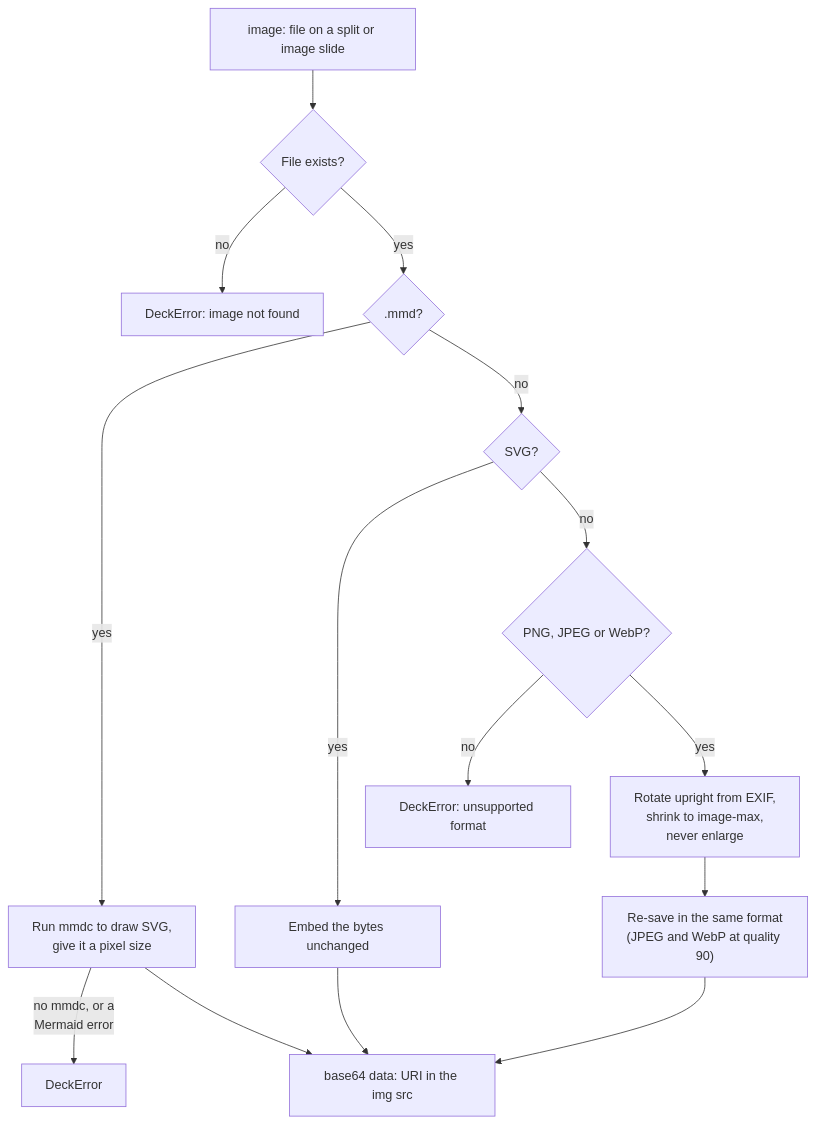
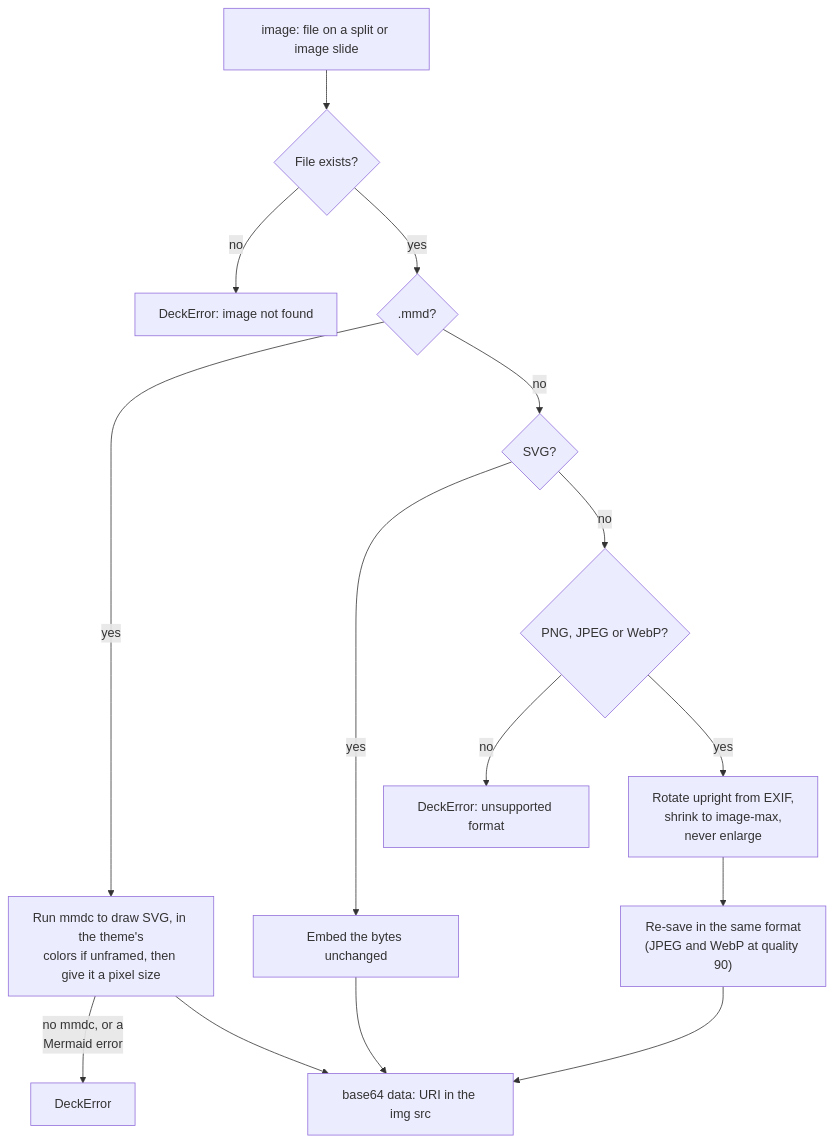
One commit to LunarCommand/akceo changed the tenth of 11 diagrams in docs/how-it-works.md. Above: the diagram before and after it, drawn with Mermaid. The commit also changed other lines of this file and 12 other files, not shown here.

First line of the commit message:
Let images and diagrams drop the white frame

````diff
--- a/docs/how-it-works.md
+++ b/docs/how-it-works.md
@@ -336,17 +336,17 @@
 ```mermaid
 flowchart TD
     start["image: file on a split or image slide"] --> exists{"File exists?"}
     exists -->|no| e1["DeckError: image not found"]
     exists -->|yes| mmd{".mmd?"}
-    mmd -->|yes| mmdc["Run mmdc to draw SVG,<br/>give it a pixel size"]
+    mmd -->|yes| mmdc["Run mmdc to draw SVG, in the theme's<br/>colors if unframed, then give it a pixel size"]
     mmdc -->|"no mmdc, or a<br/>Mermaid error"| e3["DeckError"]
     mmd -->|no| svg{"SVG?"}
     svg -->|yes| raw["Embed the bytes unchanged"]
     svg -->|no| fmt{"PNG, JPEG or WebP?"}
     fmt -->|no| e2["DeckError: unsupported format"]
     fmt -->|yes| fix["Rotate upright from EXIF,<br/>shrink to image-max,<br/>never enlarge"]
     fix --> save["Re-save in the same format<br/>(JPEG and WebP at quality 90)"]
     raw --> uri["base64 data: URI in the img src"]
     mmdc --> uri
     save --> uri
 ```
````
